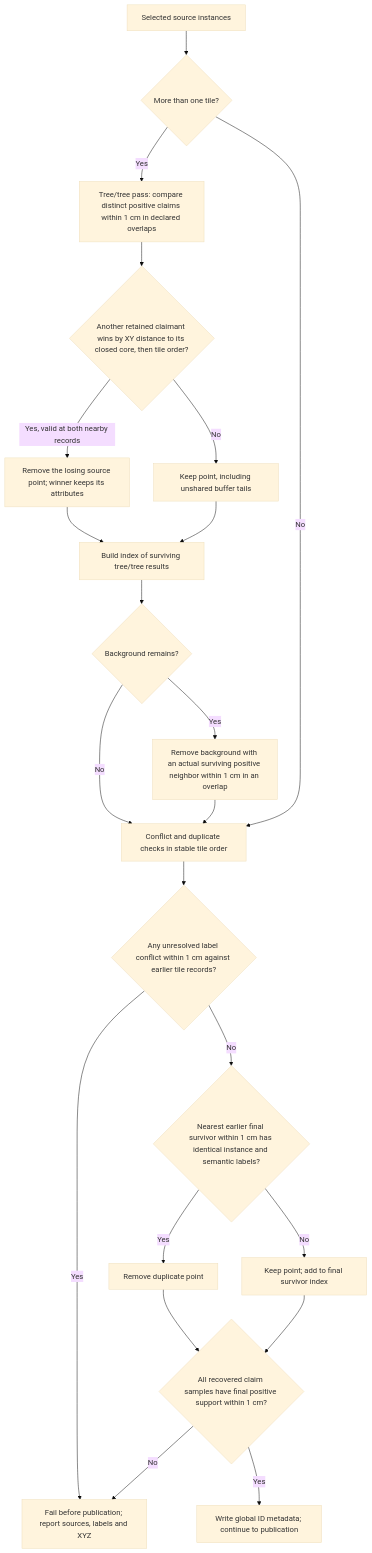
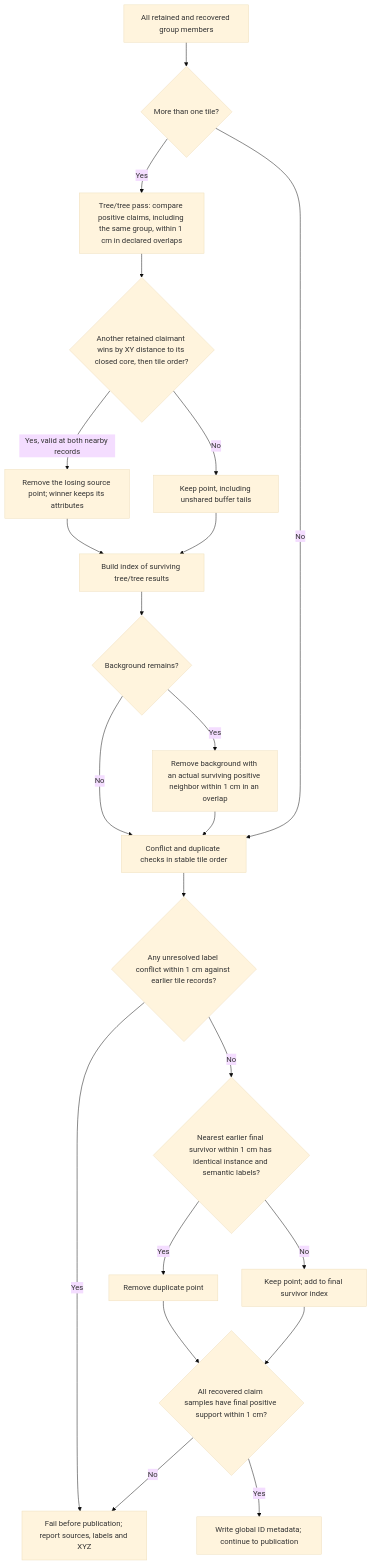
Before and after one commit to 3dTrees-earth/3dtrees_Smart_Tile: the sixth of 7 diagrams in docs/filter-decision-flow.md, drawn with Mermaid (base theme). The commit also changed other lines of this file and 16 other files, not shown here.

````diff
--- a/docs/filter-decision-flow.md
+++ b/docs/filter-decision-flow.md
@@ -226,24 +226,24 @@
 ```mermaid
 flowchart TD
-    A["Selected source instances"] --> B{"More than one tile?"}
-    B -->|Yes| C["Tree/tree pass: compare distinct positive claims within 1 cm in declared overlaps"]
+    A["All retained and recovered group members"] --> B{"More than one tile?"}
+    B -->|Yes| C["Tree/tree pass: compare positive claims, including the same group, within 1 cm in declared overlaps"]
     C --> D{"Another retained claimant wins by XY distance to its closed core, then tile order?"}
     D -->|Yes, valid at both nearby records| E["Remove the losing source point; winner keeps its attributes"]
     D -->|No| F["Keep point, including unshared buffer tails"]
     E --> G["Build index of surviving tree/tree results"]
     F --> G
     G --> H{"Background remains?"}
     H -->|Yes| I["Remove background with an actual surviving positive neighbor within 1 cm in an overlap"]
     H -->|No| J["Conflict and duplicate checks in stable tile order"]
     I --> J
     B -->|No| J
     J --> K{"Any unresolved label conflict within 1 cm against earlier tile records?"}
     K -->|Yes| FAIL["Fail before publication; report sources, labels and XYZ"]
     K -->|No| L{"Nearest earlier final survivor within 1 cm has identical instance and semantic labels?"}
     L -->|Yes| M["Remove duplicate point"]
     L -->|No| N["Keep point; add to final survivor index"]
     M --> O{"All recovered claim samples have final positive support within 1 cm?"}
     N --> O
     O -->|No| FAIL
     O -->|Yes| P["Write global ID metadata; continue to publication"]
 ```
````
